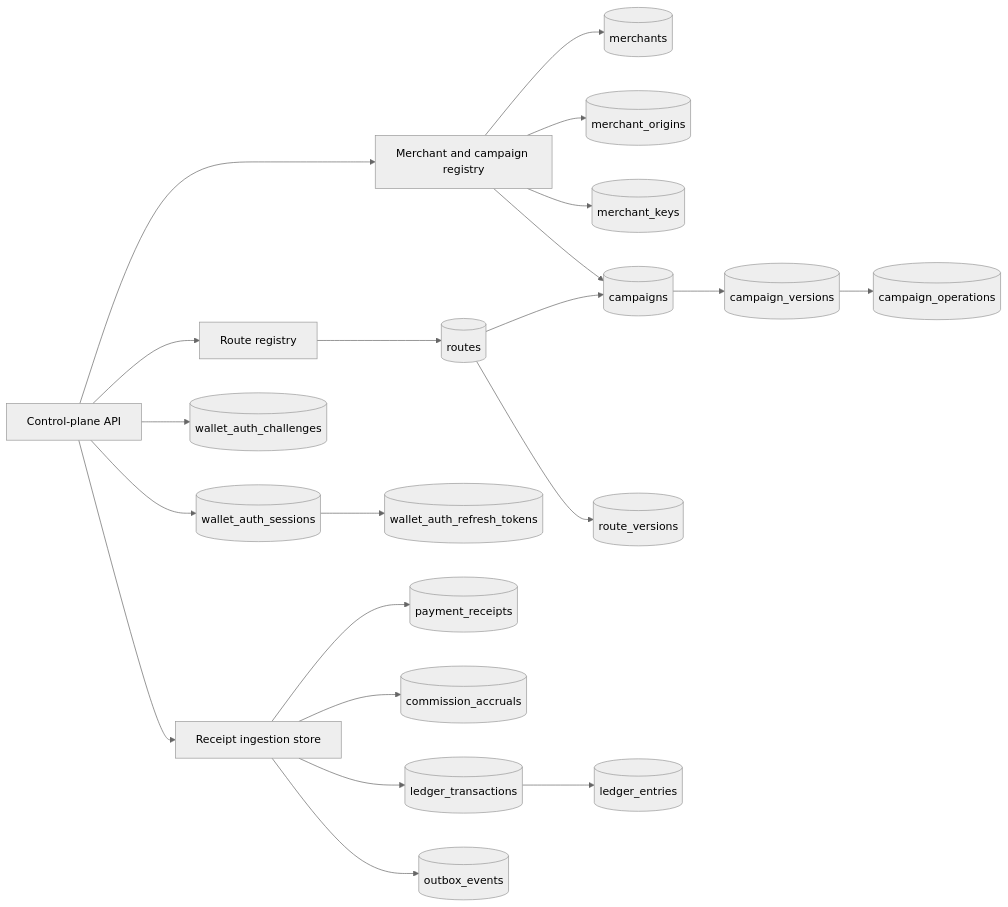
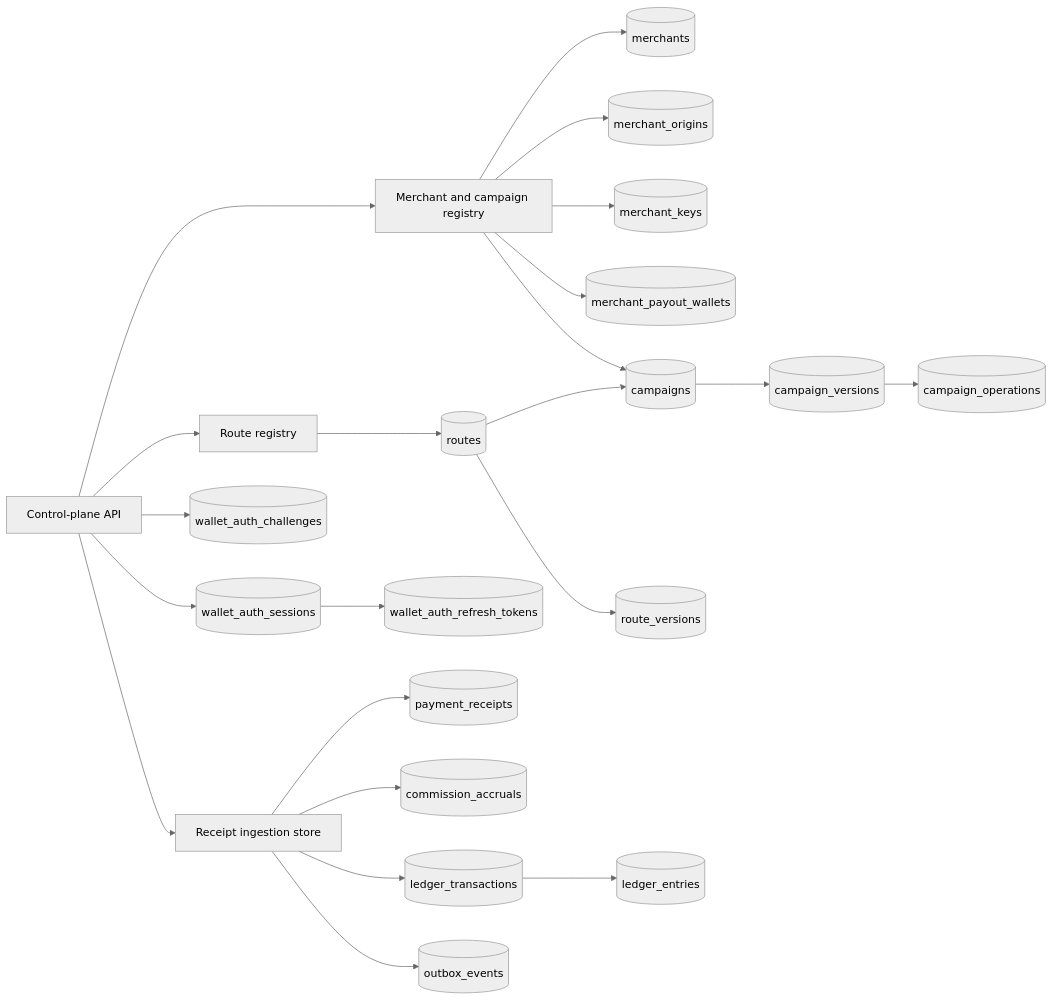
Before and after one commit to split402protocol/splitx402: the eighth of 8 diagrams in README.md, drawn with Mermaid (neutral theme). The commit also changed other lines of this file and 12 other files, not shown here.

Commit message:
Add merchant payout wallet registration

````diff
--- a/README.md
+++ b/README.md
@@ -290,44 +291,46 @@
 ```mermaid
 flowchart LR
   API["Control-plane API"]
   Registry["Merchant and campaign registry"]
   RouteRegistry["Route registry"]
   Ingestion["Receipt ingestion store"]
   Merchants[("merchants")]
   Origins[("merchant_origins")]
   Keys[("merchant_keys")]
+  PayoutWallets[("merchant_payout_wallets")]
   CampaignRows[("campaigns")]
   CampaignVersions[("campaign_versions")]
   CampaignOps[("campaign_operations")]
   Routes[("routes")]
   RouteVersions[("route_versions")]
   Challenges[("wallet_auth_challenges")]
   Sessions[("wallet_auth_sessions")]
   RefreshTokens[("wallet_auth_refresh_tokens")]
   Receipts[("payment_receipts")]
   Accruals[("commission_accruals")]
   LedgerTx[("ledger_transactions")]
   LedgerEntries[("ledger_entries")]
   Outbox[("outbox_events")]
 
   API --> Registry
   API --> RouteRegistry
   API --> Ingestion
   Registry --> Merchants
   Registry --> Origins
   Registry --> Keys
+  Registry --> PayoutWallets
   Registry --> CampaignRows
   CampaignRows --> CampaignVersions
   CampaignVersions --> CampaignOps
   RouteRegistry --> Routes
   Routes --> RouteVersions
   Routes --> CampaignRows
   API --> Challenges
   API --> Sessions
   Sessions --> RefreshTokens
   Ingestion --> Receipts
   Ingestion --> Accruals
   Ingestion --> LedgerTx
   LedgerTx --> LedgerEntries
   Ingestion --> Outbox
 ```
````
